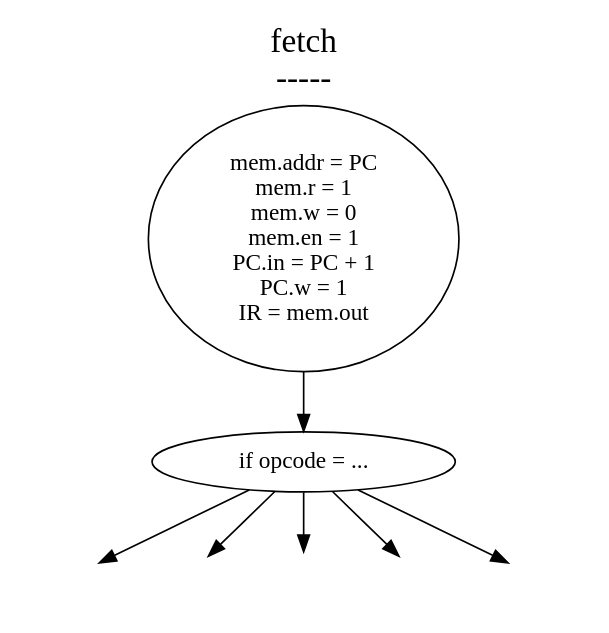
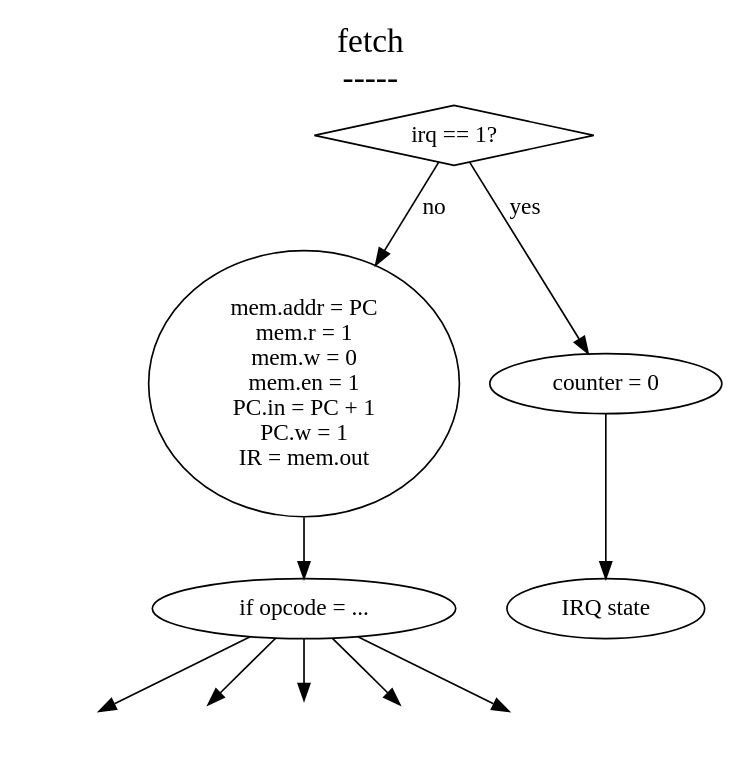
Before and after one commit to goll72/shrimp: the diagram in docs/FSM/src/fetch.dot, drawn with Graphviz. The commit also changed 8 other files, not shown here.

```diff
--- a/docs/FSM/src/fetch.dot
+++ b/docs/FSM/src/fetch.dot
@@ -1,24 +1,32 @@
 digraph fetch {
 	label="fetch\n-----\n";
 	labelloc="t";
 	fontsize=20;
 	fontname="mono";
 
-	node [shape=oval, fontname=mono];
+	node [shape=oval, fontname="mono"];
 	fetch [label="mem.addr = PC\nmem.r = 1\nmem.w = 0\nmem.en = 1\nPC.in = PC + 1\nPC.w = 1\nIR = mem.out"];
 	decode [label="if opcode = ..."];
-	
+	handleIrq [label="counter = 0"];
+	s_irq [label="IRQ state"];
+
+	node [shape=diamond, fontname="mono"];
+	Irq [label="irq == 1?"];
+
 	node [shape=oval, style=invisible];
 	X1;
 	X2;
 	X3;
 	X4;
 	X5;
-	
+
+	Irq -> fetch [label="no"];
+	Irq -> handleIrq [label="yes"];
+	handleIrq -> s_irq;
 	fetch -> decode;
 	decode -> X1;
 	decode -> X2;
 	decode -> X3;
 	decode -> X4;
 	decode -> X5;
 }
```
